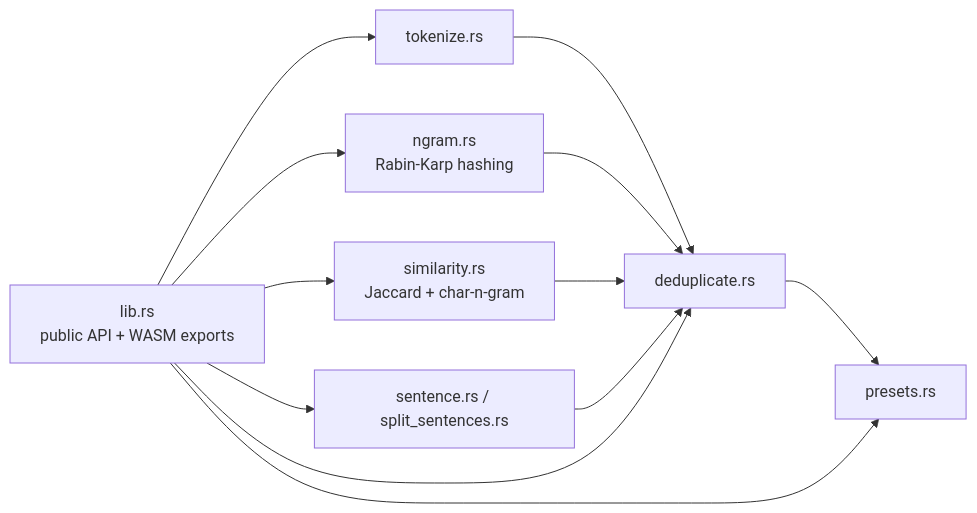
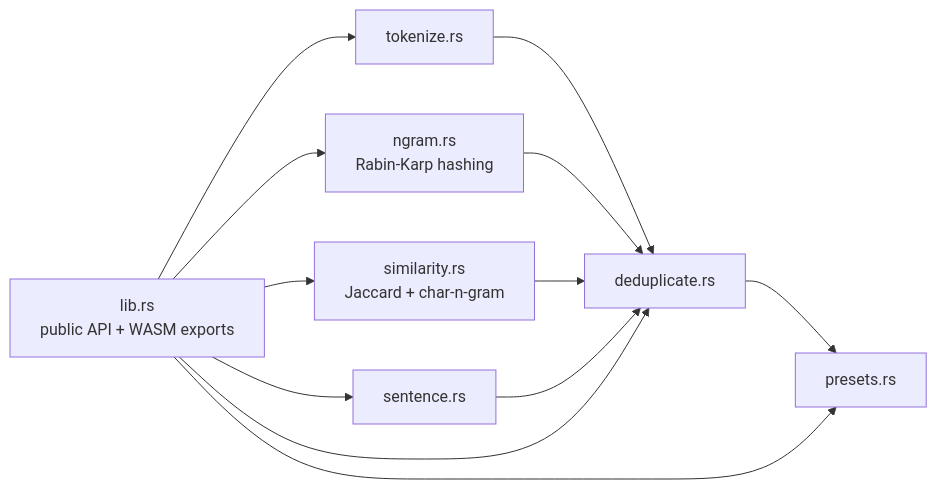
One commit to entropy-tamer/dedup changed the third of 4 diagrams in ARCHITECTURE.md. Above: the diagram before and after it, drawn with Mermaid. The commit also changed other lines of this file and 11 other files, not shown here.

````diff
--- a/ARCHITECTURE.md
+++ b/ARCHITECTURE.md
@@ -115,14 +115,14 @@
 ```mermaid
 graph LR
     A[tokenize.rs] --> B[deduplicate.rs]
     C[ngram.rs<br/>Rabin-Karp hashing] --> B
     D[similarity.rs<br/>Jaccard + char-n-gram] --> B
-    E[sentence.rs / split_sentences.rs] --> B
+    E[sentence.rs] --> B
     B --> F[presets.rs]
     H[lib.rs<br/>public API + WASM exports] --> A
     H --> C
     H --> D
     H --> E
     H --> B
     H --> F
 ```
````
